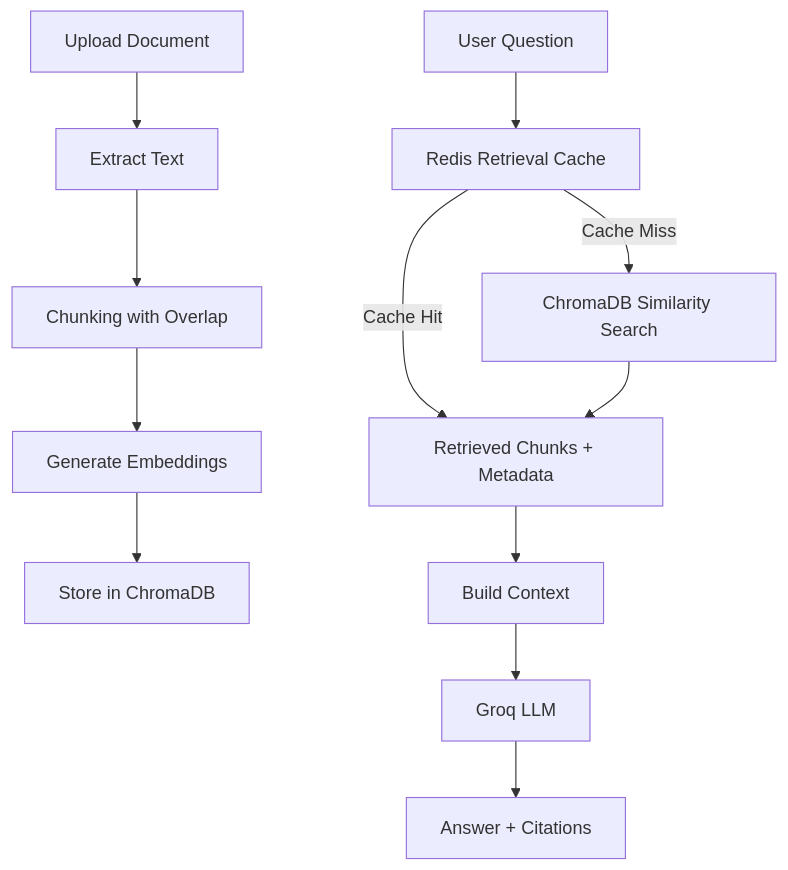
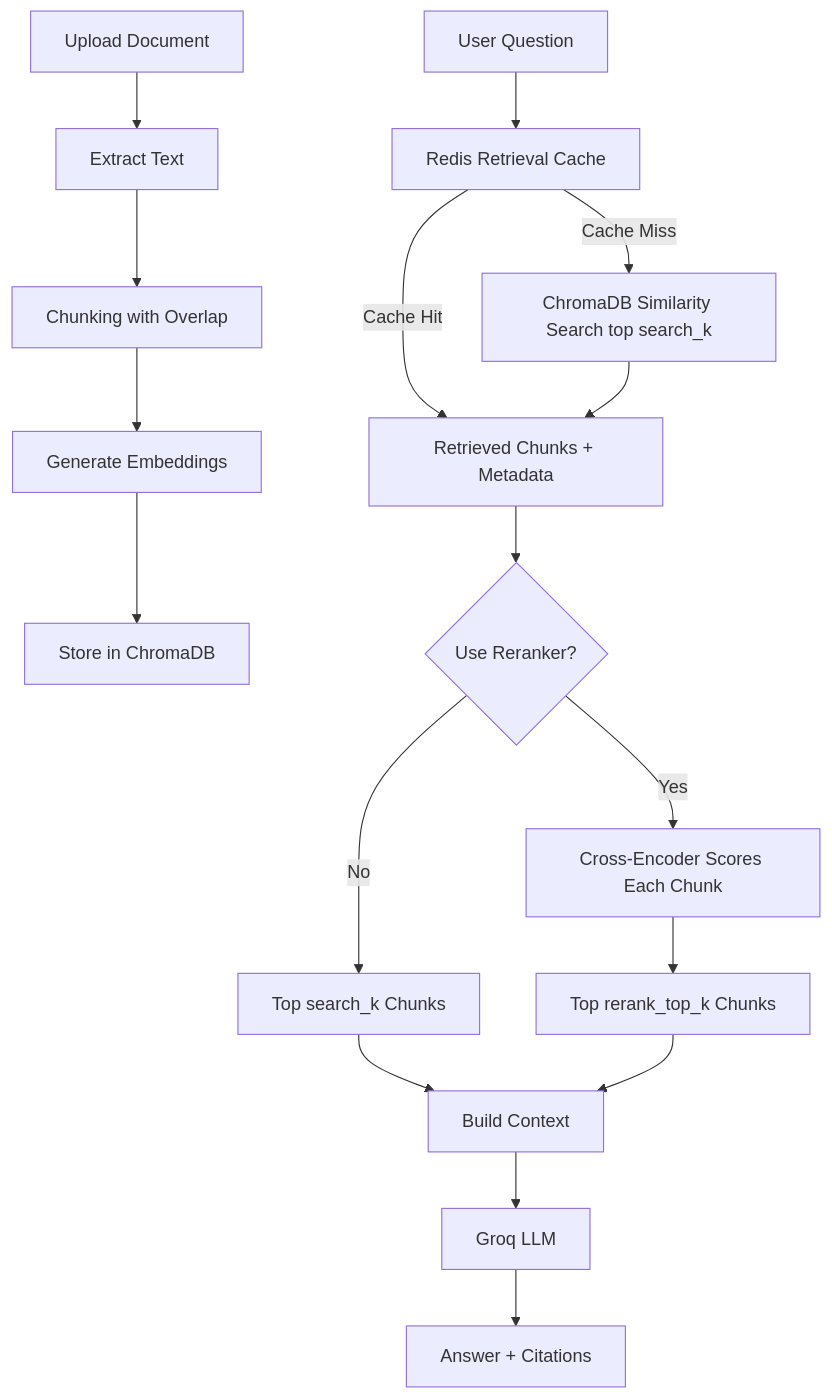
One commit to Rububzz/rag-agent changed the diagram in README.md. Above: the diagram before and after it, drawn with Mermaid. The commit also changed other lines of this file and 12 other files, not shown here.

````diff
--- a/README.md
+++ b/README.md
@@ -28,16 +28,22 @@
 ```mermaid
 flowchart TD
     A[Upload Document] --> B[Extract Text]
     B --> C[Chunking with Overlap]
     C --> D[Generate Embeddings]
     D --> E[Store in ChromaDB]
 
     F[User Question] --> G[Redis Retrieval Cache]
-    G -->|Cache Miss| H[ChromaDB Similarity Search]
+    G -->|Cache Miss| H[ChromaDB Similarity Search top search_k]
     G -->|Cache Hit| I[Retrieved Chunks + Metadata]
     H --> I
 
-    I --> J[Build Context]
-    J --> K[Groq LLM]
-    K --> L[Answer + Citations]
+    I --> J{Use Reranker?}
+    J -->|No| K[Top search_k Chunks]
+    J -->|Yes| L[Cross-Encoder Scores Each Chunk]
+    L --> M[Top rerank_top_k Chunks]
+    K --> N[Build Context]
+    M --> N
+
+    N --> O[Groq LLM]
+    O --> P[Answer + Citations]
 ```
````
